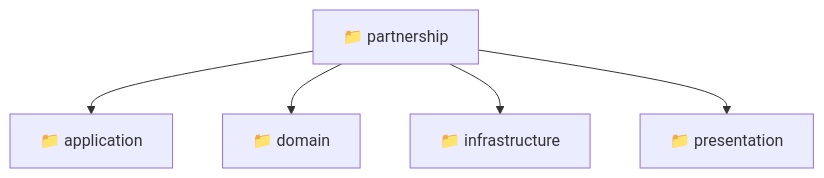
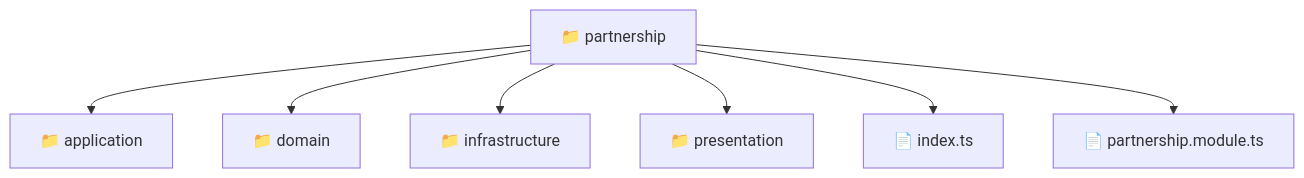
The diagram in backend/src/modules/partnership/README.md (beginwebdev2002/fullstack-mavluda), drawn with Mermaid before and after one commit. The commit also changed other lines of this file and 157 other files, not shown here.

First line of the commit message:
docs: generate localized readmes for architectural transparency

````diff
--- a/backend/src/modules/partnership/README.md
+++ b/backend/src/modules/partnership/README.md
@@ -9,8 +11,10 @@
 ```mermaid
 graph TD
   partnership["📁 partnership"]
-  partnership --> application["📁 application"]
-  partnership --> domain["📁 domain"]
-  partnership --> infrastructure["📁 infrastructure"]
-  partnership --> presentation["📁 presentation"]
+  partnership --> partnership_application["📁 application"]
+  partnership --> partnership_domain["📁 domain"]
+  partnership --> partnership_infrastructure["📁 infrastructure"]
+  partnership --> partnership_presentation["📁 presentation"]
+  partnership --> partnership_index_ts["📄 index.ts"]
+  partnership --> partnership_partnership_module_ts["📄 partnership.module.ts"]
 ```
````
